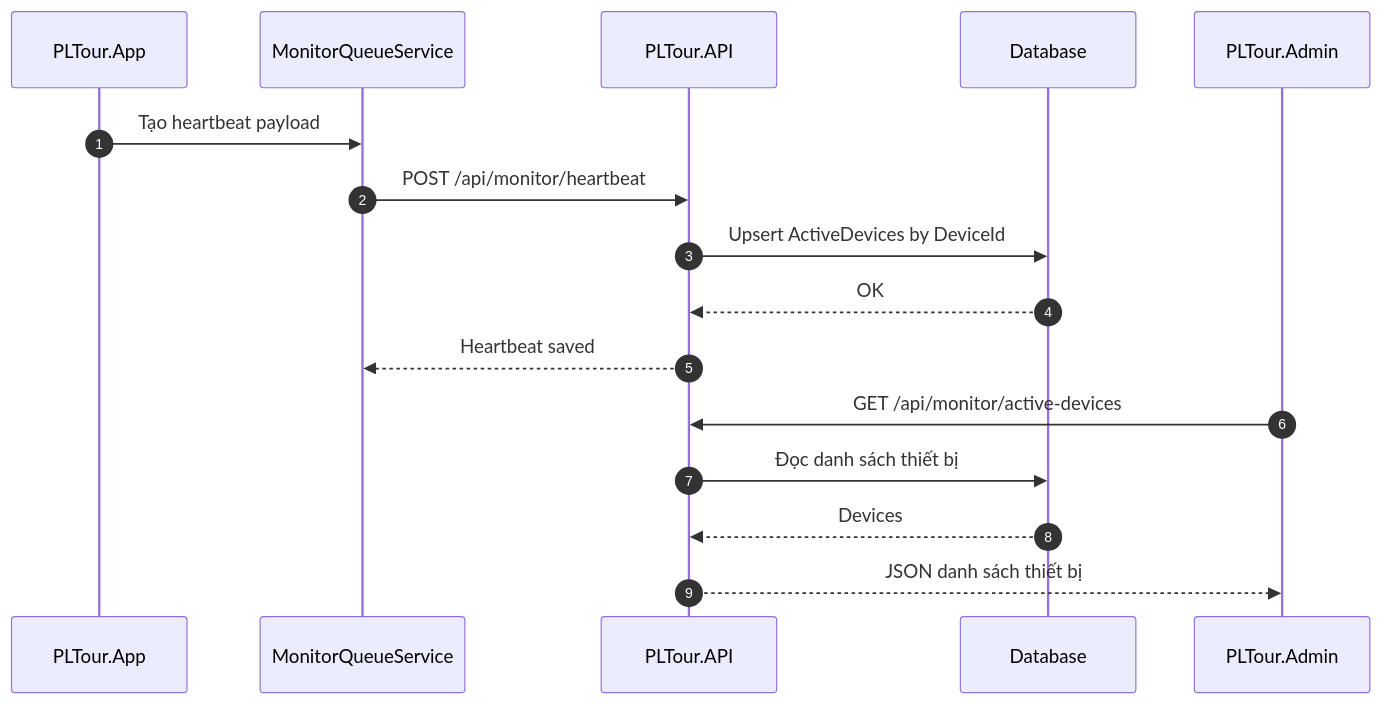
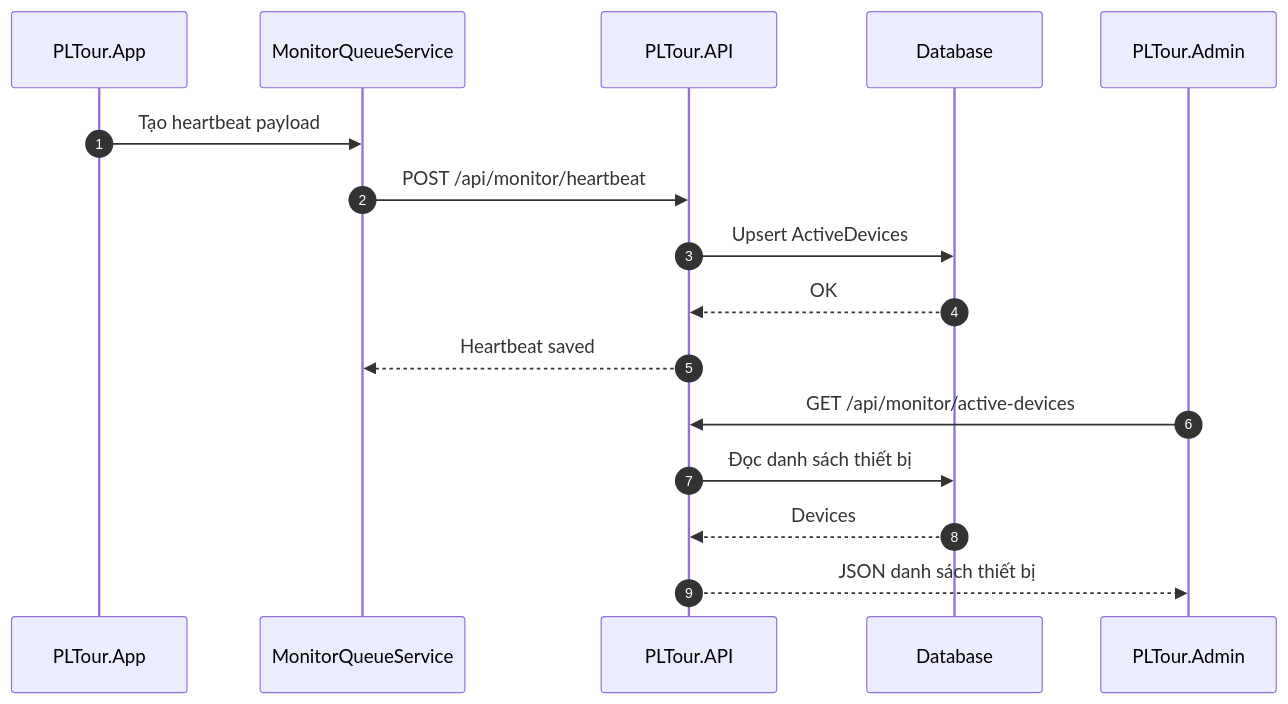
Before and after one commit to Hantieus/PL-Tour: the fourth of 8 diagrams in PRD_PLTour.md, drawn with Mermaid. The commit also changed other lines of this file, not shown here.

````diff
--- a/PRD_PLTour.md
+++ b/PRD_PLTour.md
@@ -198,19 +272,19 @@
 ```mermaid
 sequenceDiagram
   autonumber
   participant App as PLTour.App
   participant MQ as MonitorQueueService
   participant API as PLTour.API
   participant DB as Database
   participant ADM as PLTour.Admin
 
   App->>MQ: Tạo heartbeat payload
   MQ->>API: POST /api/monitor/heartbeat
-  API->>DB: Upsert ActiveDevices by DeviceId
+  API->>DB: Upsert ActiveDevices
   DB-->>API: OK
   API-->>MQ: Heartbeat saved
   ADM->>API: GET /api/monitor/active-devices
   API->>DB: Đọc danh sách thiết bị
   DB-->>API: Devices
   API-->>ADM: JSON danh sách thiết bị
 ```
````
